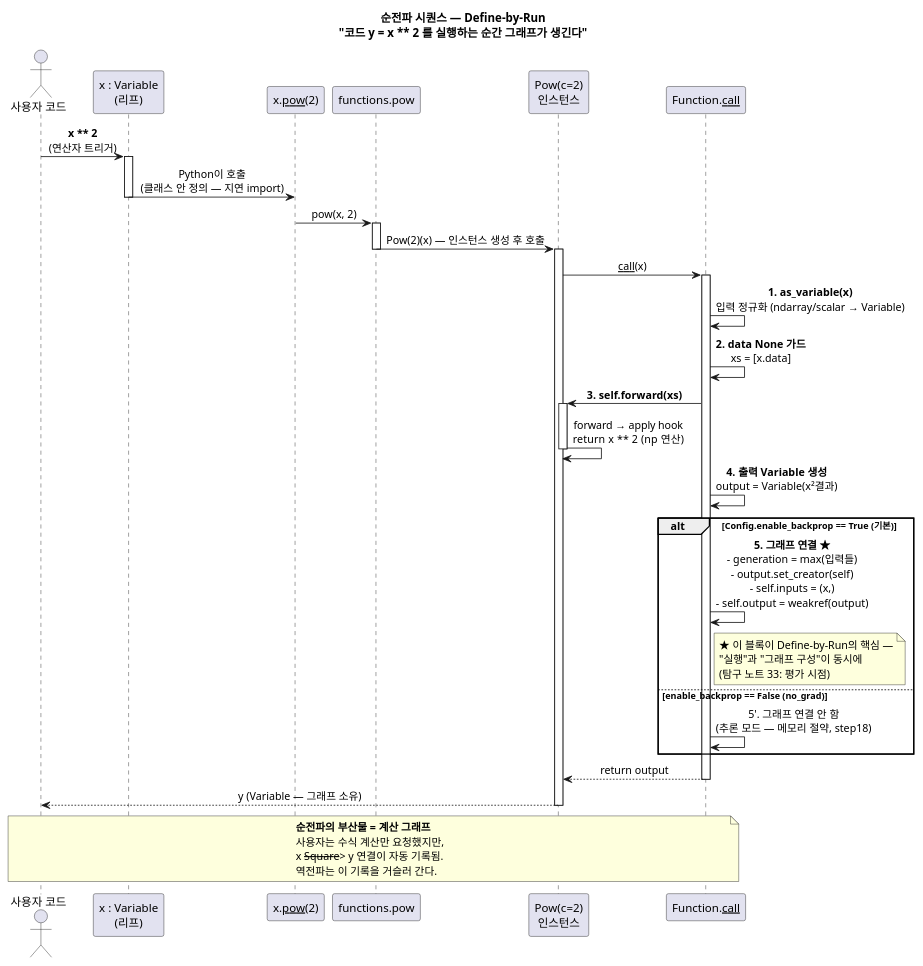
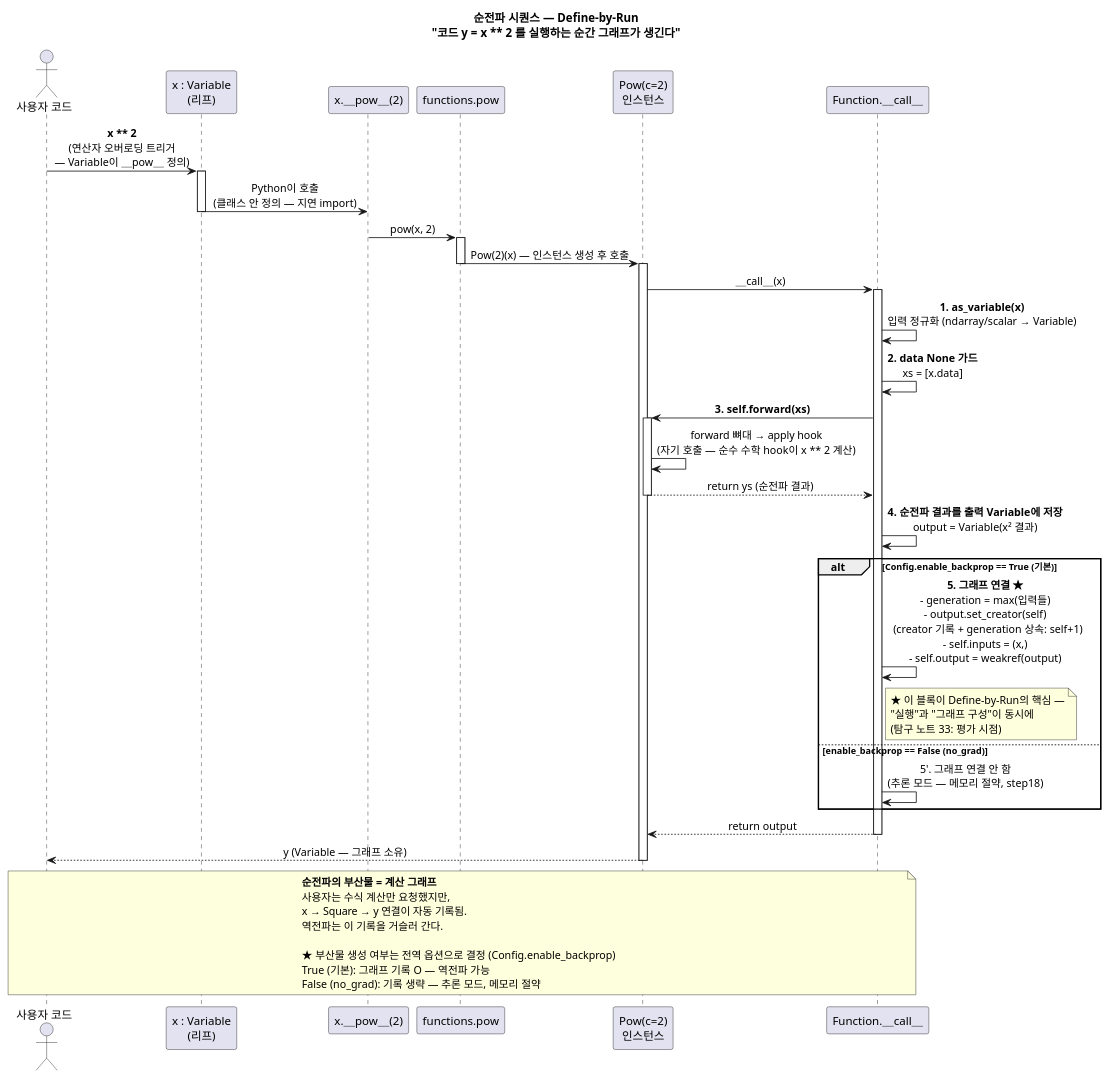
Before and after one commit to ghjang/deep-learning-from-scratch-3: the diagram in notes/diagrams/v2/02_forward_sequence.puml, drawn with PlantUML. The commit also changed 8 other files, not shown here.

First line of the commit message:
docs(diagrams): rezero v2 UML 다이어그램 7종 + 큐 후보 11/12 등록

```diff
--- a/notes/diagrams/v2/02_forward_sequence.puml
+++ b/notes/diagrams/v2/02_forward_sequence.puml
@@ -1,58 +1,63 @@
 @startuml 02_forward_sequence
 title 순전파 시퀀스 — Define-by-Run\n"코드 y = x ** 2 를 실행하는 순간 그래프가 생긴다"
 
 skinparam shadowing false
 skinparam sequenceMessageAlign center
 
 actor "사용자 코드" as User
 participant "x : Variable\n(리프)" as X
-participant "x.__pow__(2)" as PowOp
+participant "x.＿pow＿(2)" as PowOp
 participant "functions.pow" as Wrapper
 participant "Pow(c=2)\n인스턴스" as F
-participant "Function.__call__" as Call
+participant "Function.＿call＿" as Call
 
-User -> X : <b>x ** 2</b>\n(연산자 트리거)
+User -> X : <b>x ** 2</b>\n(연산자 오버로딩 트리거\n— Variable이 ＿pow＿ 정의)
 activate X
 X -> PowOp : Python이 호출\n(클래스 안 정의 — 지연 import)
 deactivate X
 
 PowOp -> Wrapper : pow(x, 2)
 activate Wrapper
 Wrapper -> F : Pow(2)(x) — 인스턴스 생성 후 호출
 deactivate Wrapper
 activate F
 
-F -> Call : __call__(x)
+F -> Call : ＿call＿(x)
 activate Call
 
 Call -> Call : <b>1. as_variable(x)</b>\n입력 정규화 (ndarray/scalar → Variable)
 Call -> Call : <b>2. data None 가드</b>\nxs = [x.data]
 Call -> F : <b>3. self.forward(xs)</b>
 activate F
-F -> F : forward → apply hook\nreturn x ** 2  (np 연산)
+F -> F : forward 뼈대 → apply hook\n(자기 호출 — 순수 수학 hook이 x ** 2 계산)
+F --> Call : return ys (순전파 결과)
 deactivate F
-Call -> Call : <b>4. 출력 Variable 생성</b>\noutput = Variable(x²결과)
+Call -> Call : <b>4. 순전파 결과를 출력 Variable에 저장</b>\noutput = Variable(x² 결과)
 
 alt Config.enable_backprop == True (기본)
-  Call -> Call : <b>5. 그래프 연결 ★</b>\n- generation = max(입력들)\n- output.set_creator(self)\n- self.inputs = (x,)\n- self.output = weakref(output)
+  Call -> Call : <b>5. 그래프 연결 ★</b>\n- generation = max(입력들)\n- output.set_creator(self)\n  (creator 기록 + generation 상속: self+1)\n- self.inputs = (x,)\n- self.output = weakref(output)
   note right of Call
     ★ 이 블록이 Define-by-Run의 핵심 —
     "실행"과 "그래프 구성"이 동시에
     (탐구 노트 33: 평가 시점)
   end note
 else enable_backprop == False (no_grad)
   Call -> Call : 5'. 그래프 연결 안 함\n(추론 모드 — 메모리 절약, step18)
 end
 
 Call --> F : return output
 deactivate Call
 F --> User : y (Variable — 그래프 소유)
 deactivate F
 
 note over User, Call
   <b>순전파의 부산물 = 계산 그래프</b>
   사용자는 수식 계산만 요청했지만,
-  x --Square--> y 연결이 자동 기록됨.
+  x → Square → y 연결이 자동 기록됨.
   역전파는 이 기록을 거슬러 간다.
+
+  ★ 부산물 생성 여부는 전역 옵션으로 결정 (Config.enable_backprop)
+  True (기본): 그래프 기록 O — 역전파 가능
+  False (no_grad): 기록 생략 — 추론 모드, 메모리 절약
 end note
 @enduml
```
